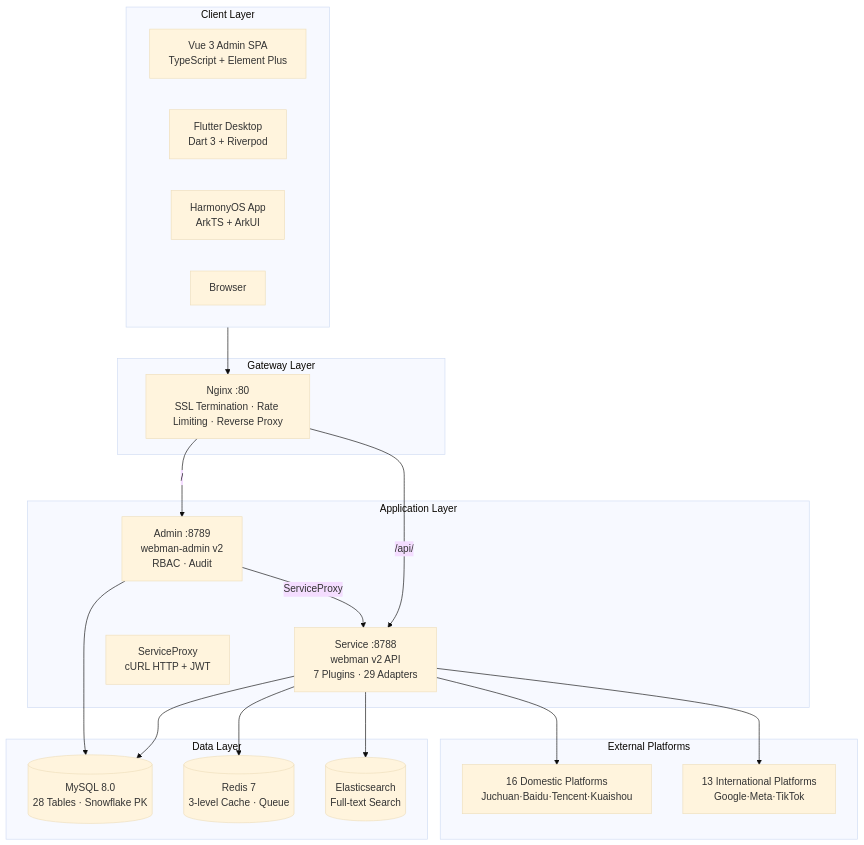
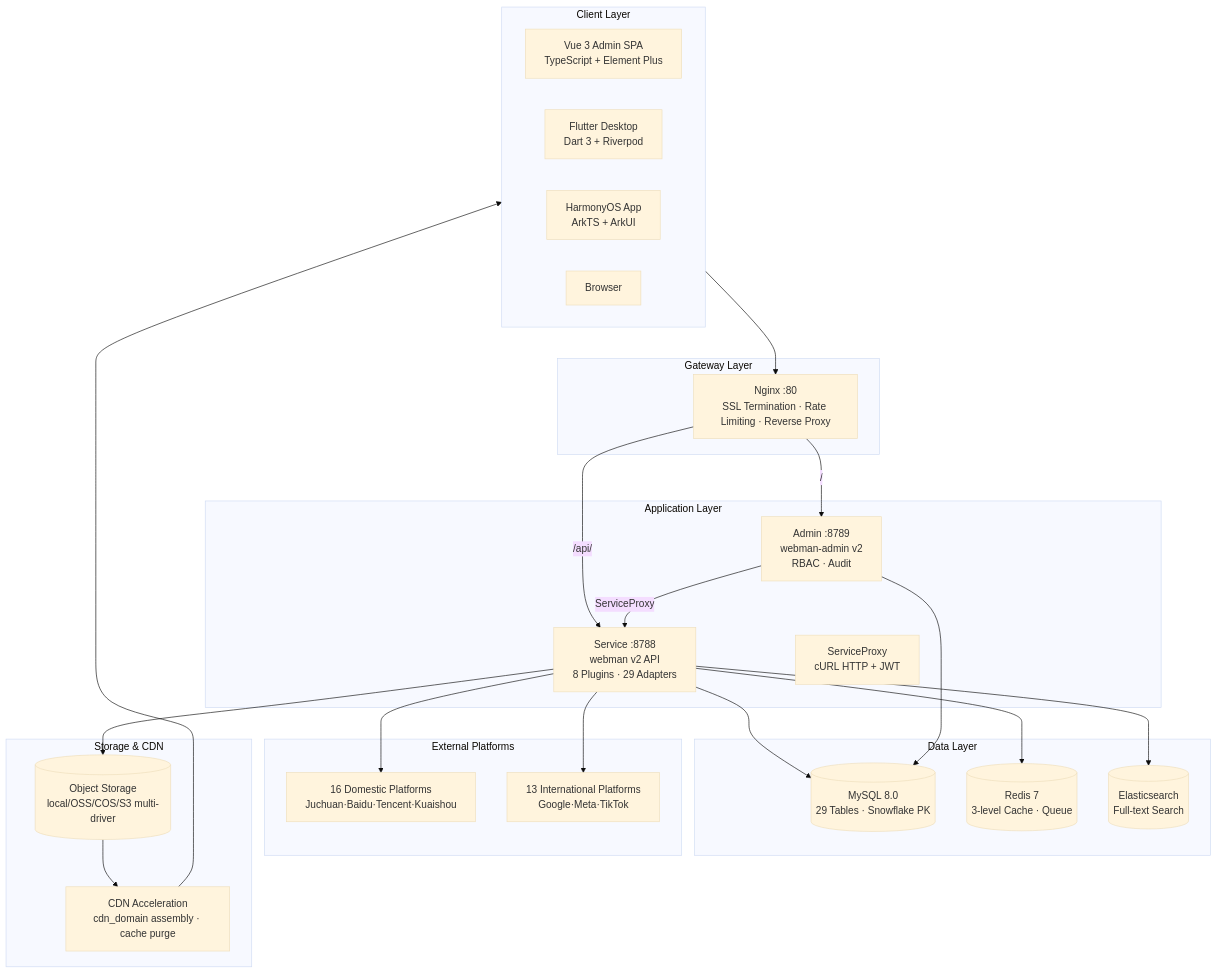
The diagram in docs/diagrams/svg/architecture.en.mmd (erikwang2013/ads-php), drawn with Mermaid (base theme) before and after one commit. The commit also changed 144 other files, not shown here.

First line of the commit message:
feat(storage): CDN 支持——存储抽象/多驱动/服务商管理/预签名直传/缓存刷新

```diff
--- a/docs/diagrams/svg/architecture.en.mmd
+++ b/docs/diagrams/svg/architecture.en.mmd
@@ -1,31 +1,38 @@
 graph TB
     subgraph Clients["Client Layer"]
         Vue["Vue 3 Admin SPA<br/>TypeScript + Element Plus"]
         Flutter["Flutter Desktop<br/>Dart 3 + Riverpod"]
         Harmony["HarmonyOS App<br/>ArkTS + ArkUI"]
         Browser["Browser"]
     end
     subgraph Gateway["Gateway Layer"]
         Nginx["Nginx :80<br/>SSL Termination · Rate Limiting · Reverse Proxy"]
     end
     subgraph AppLayer["Application Layer"]
         Admin["Admin :8789<br/>webman-admin v2<br/>RBAC · Audit"]
-        Service["Service :8788<br/>webman v2 API<br/>7 Plugins · 29 Adapters"]
+        Service["Service :8788<br/>webman v2 API<br/>8 Plugins · 29 Adapters"]
         ServiceProxy["ServiceProxy<br/>cURL HTTP + JWT"]
     end
     subgraph DataLayer["Data Layer"]
-        MySQL[("MySQL 8.0<br/>28 Tables · Snowflake PK")]
+        MySQL[("MySQL 8.0<br/>29 Tables · Snowflake PK")]
         Redis[("Redis 7<br/>3-level Cache · Queue")]
         ES[("Elasticsearch<br/>Full-text Search")]
     end
     subgraph External["External Platforms"]
         Domestic["16 Domestic Platforms<br/>Juchuan·Baidu·Tencent·Kuaishou"]
         International["13 International Platforms<br/>Google·Meta·TikTok"]
     end
+    subgraph StorageCDN["Storage & CDN"]
+        OSS[("Object Storage<br/>local/OSS/COS/S3 multi-driver")]
+        CDN["CDN Acceleration<br/>cdn_domain assembly · cache purge"]
+    end
+    Service --> OSS
+    OSS --> CDN
+    CDN --> Clients
     Clients --> Nginx
     Nginx -->|"/"| Admin
     Nginx -->|"/api/"| Service
     Admin -->|ServiceProxy| Service
     Service --> MySQL & Redis & ES
     Service --> Domestic & International
     Admin --> MySQL
```
